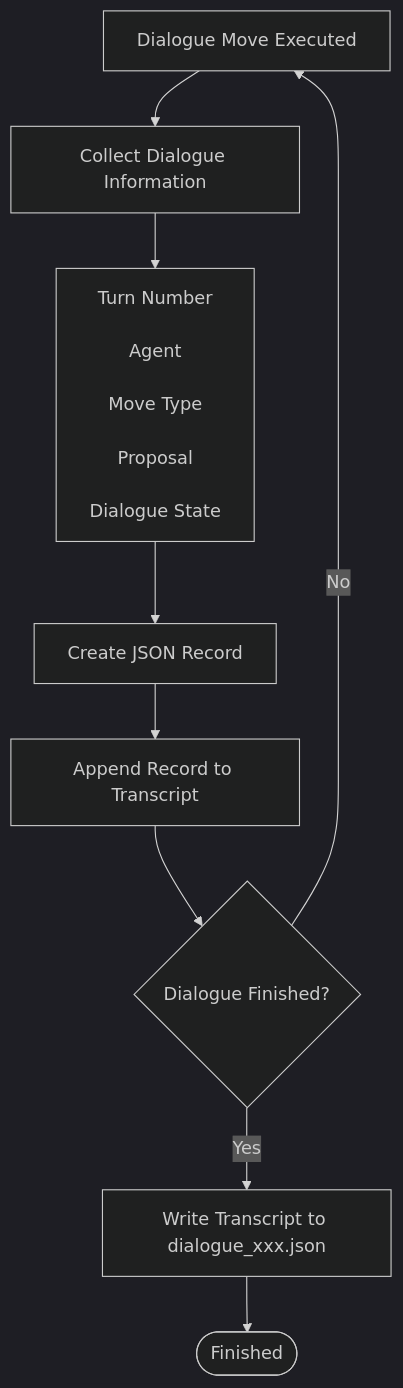
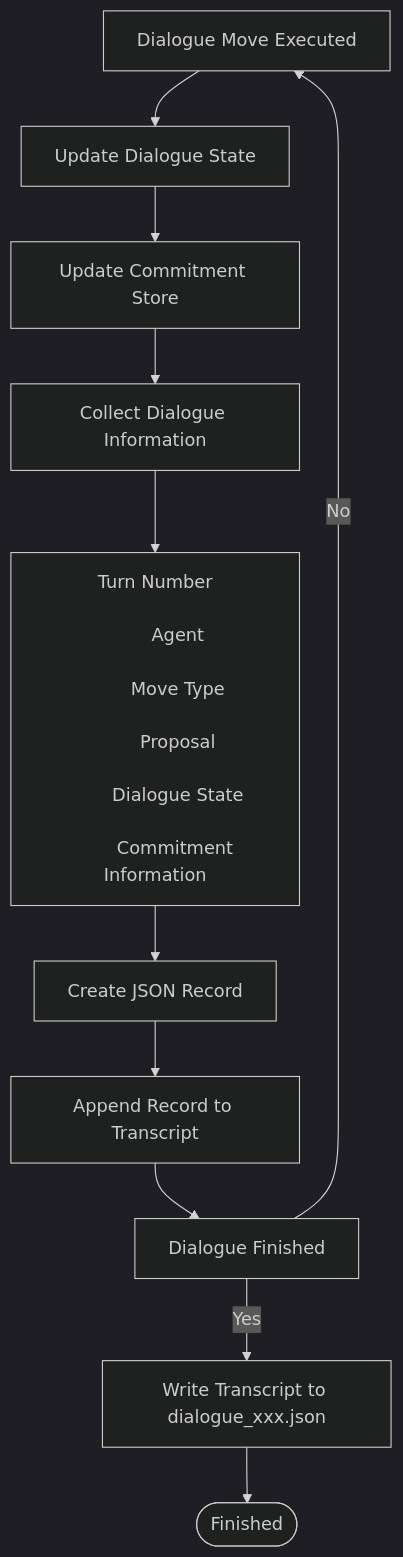
One commit to ewanblake/deliberation-games changed the diagram in docs/transcript-generation-workflow.md. Above: the diagram before and after it, drawn with Mermaid (dark theme).

Commit message:
Transcript Generation Flow includes Commitment process

````diff
--- a/docs/transcript-generation-workflow.md
+++ b/docs/transcript-generation-workflow.md
@@ -1,35 +1,42 @@
 ```mermaid
 flowchart TD
 
     A[Dialogue Move Executed]
 
-    B[Collect Dialogue Information]
+    B[Update Dialogue State]
 
-    C[
+    C[Update Commitment Store]
+
+    D[Collect Dialogue Information]
+
+    E[
         Turn Number<br/>
         Agent<br/>
         Move Type<br/>
         Proposal<br/>
         Dialogue State<br/>
+        Commitment Information
     ]
 
-    D[Create JSON Record]
+    F[Create JSON Record]
 
-    E[Append Record to Transcript]
+    G[Append Record to Transcript]
 
-    F{Dialogue Finished?}
+    H[Dialogue Finished]
 
-    G[Write Transcript to dialogue_xxx.json]
+    I[Write Transcript to dialogue_xxx.json]
 
-    H([Finished])
+    J([Finished])
 
     A --> B
     B --> C
     C --> D
     D --> E
     E --> F
+    F --> G
+    G --> H
 
-    F -- No --> A
-    F -- Yes --> G
-    G --> H
+    H -- No --> A
+    H -- Yes --> I
+    I --> J
 ```
````
